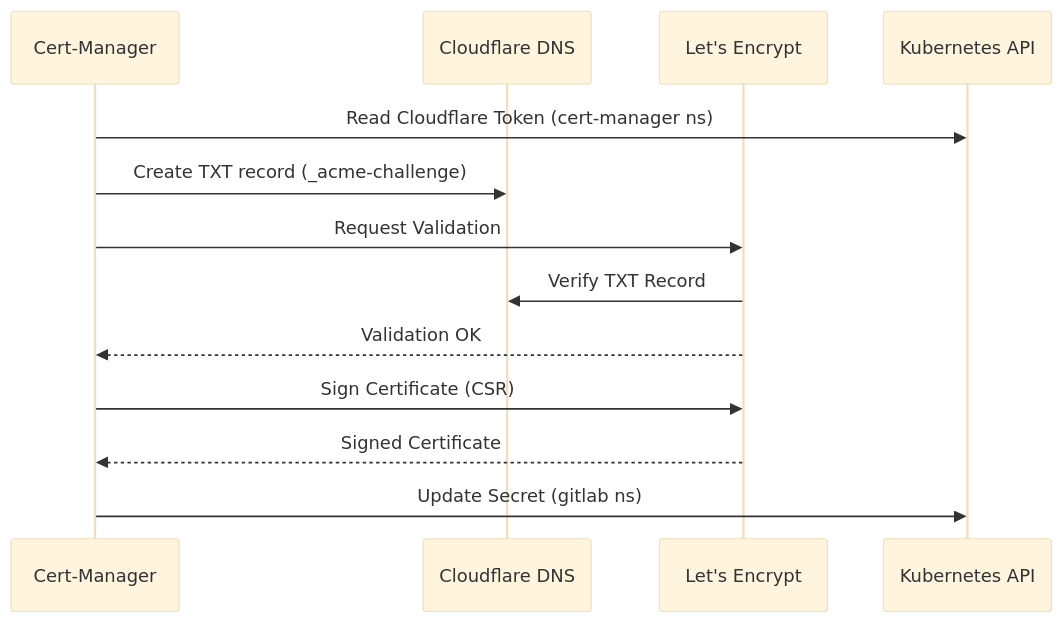
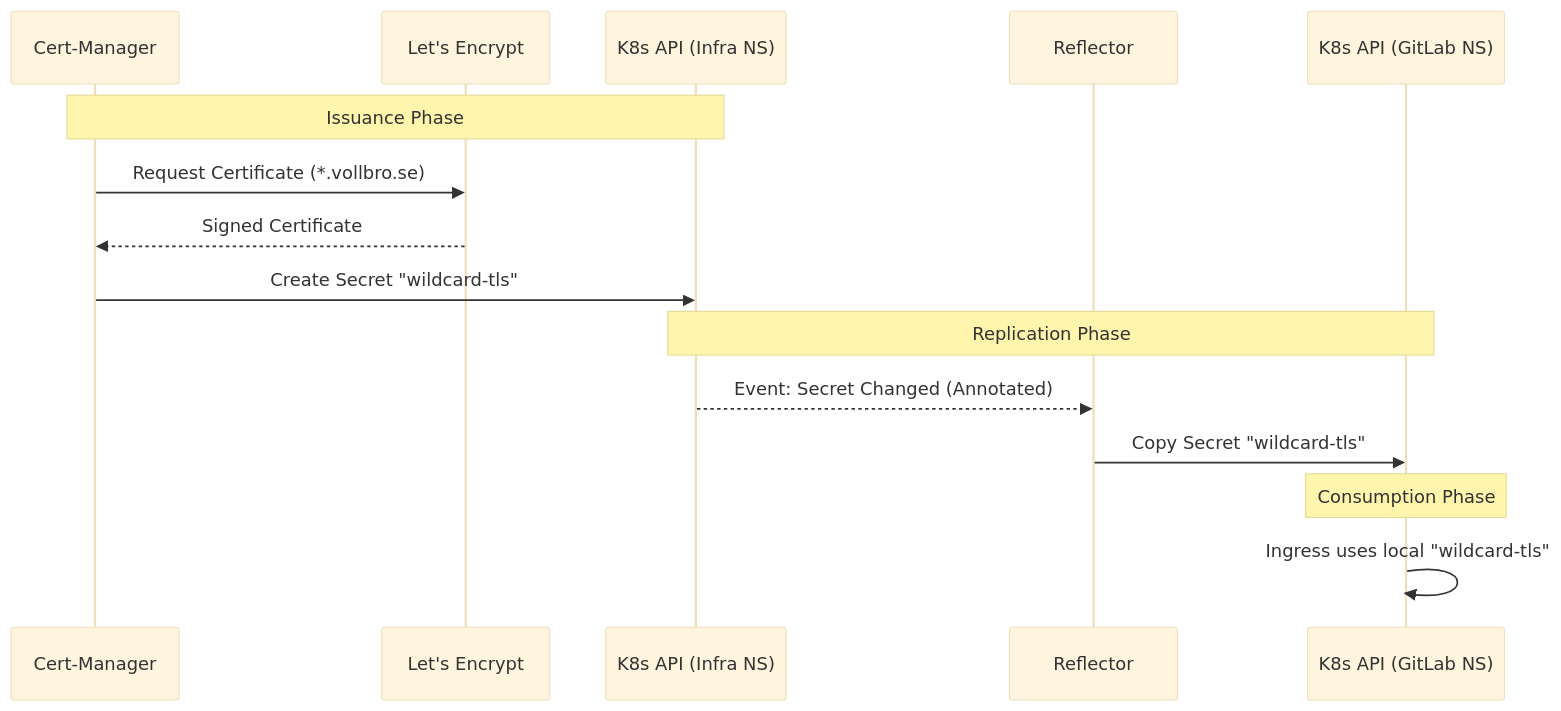
Before and after one commit to danielvollbro/homelab: the diagram in docs/05-platforms/security/certificate-management.md, drawn with Mermaid (base theme). The commit also changed other lines of this file, not shown here.

````diff
--- a/docs/05-platforms/security/certificate-management.md
+++ b/docs/05-platforms/security/certificate-management.md
@@ -48,16 +60,20 @@
 ```mermaid
 sequenceDiagram
     participant CM as Cert-Manager
-    participant CF as Cloudflare DNS
     participant LE as Let's Encrypt
-    participant K8s as Kubernetes API
+    participant K8s as K8s API (Infra NS)
+    participant REF as Reflector
+    participant App as K8s API (GitLab NS)
 
-    CM->>K8s: Read Cloudflare Token (cert-manager ns)
-    CM->>CF: Create TXT record (_acme-challenge)
-    CM->>LE: Request Validation
-    LE->>CF: Verify TXT Record
-    LE-->>CM: Validation OK
-    CM->>LE: Sign Certificate (CSR)
+    Note over CM, K8s: Issuance Phase
+    CM->>LE: Request Certificate (*.vollbro.se)
     LE-->>CM: Signed Certificate
-    CM->>K8s: Update Secret (gitlab ns)
+    CM->>K8s: Create Secret "wildcard-tls"
+
+    Note over K8s, App: Replication Phase
+    K8s-->>REF: Event: Secret Changed (Annotated)
+    REF->>App: Copy Secret "wildcard-tls"
+
+    Note over App: Consumption Phase
+    App->>App: Ingress uses local "wildcard-tls"
 ```
````
